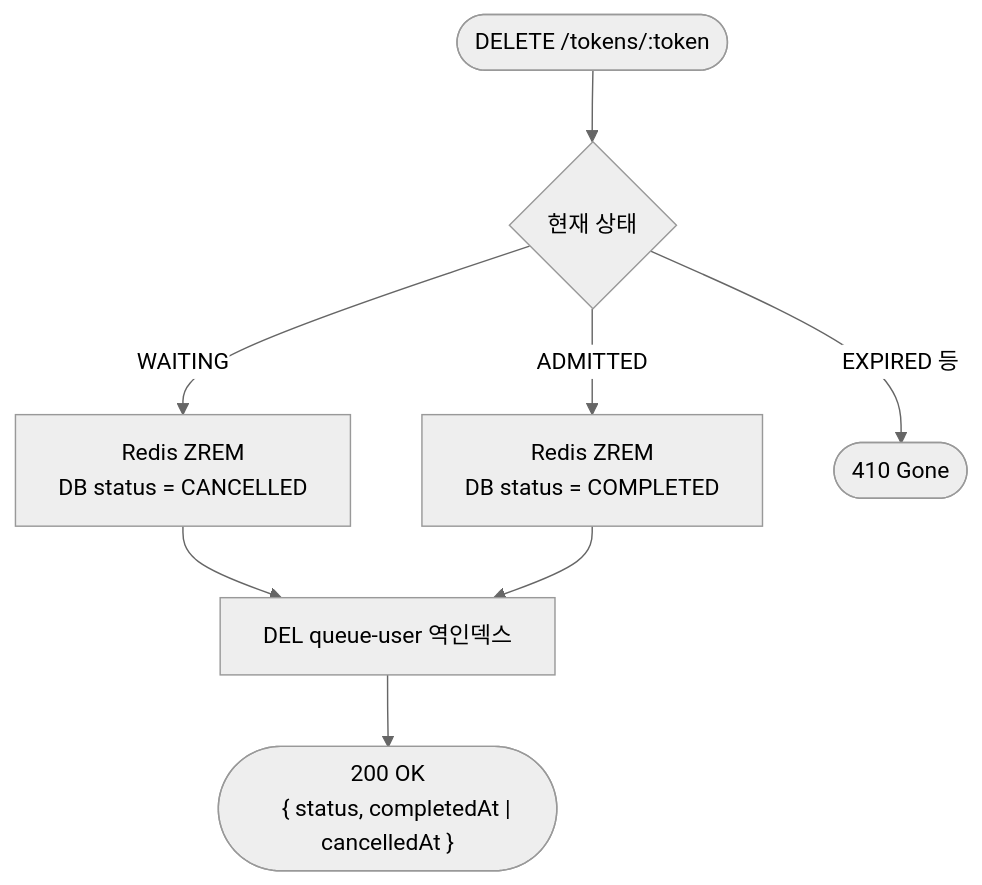
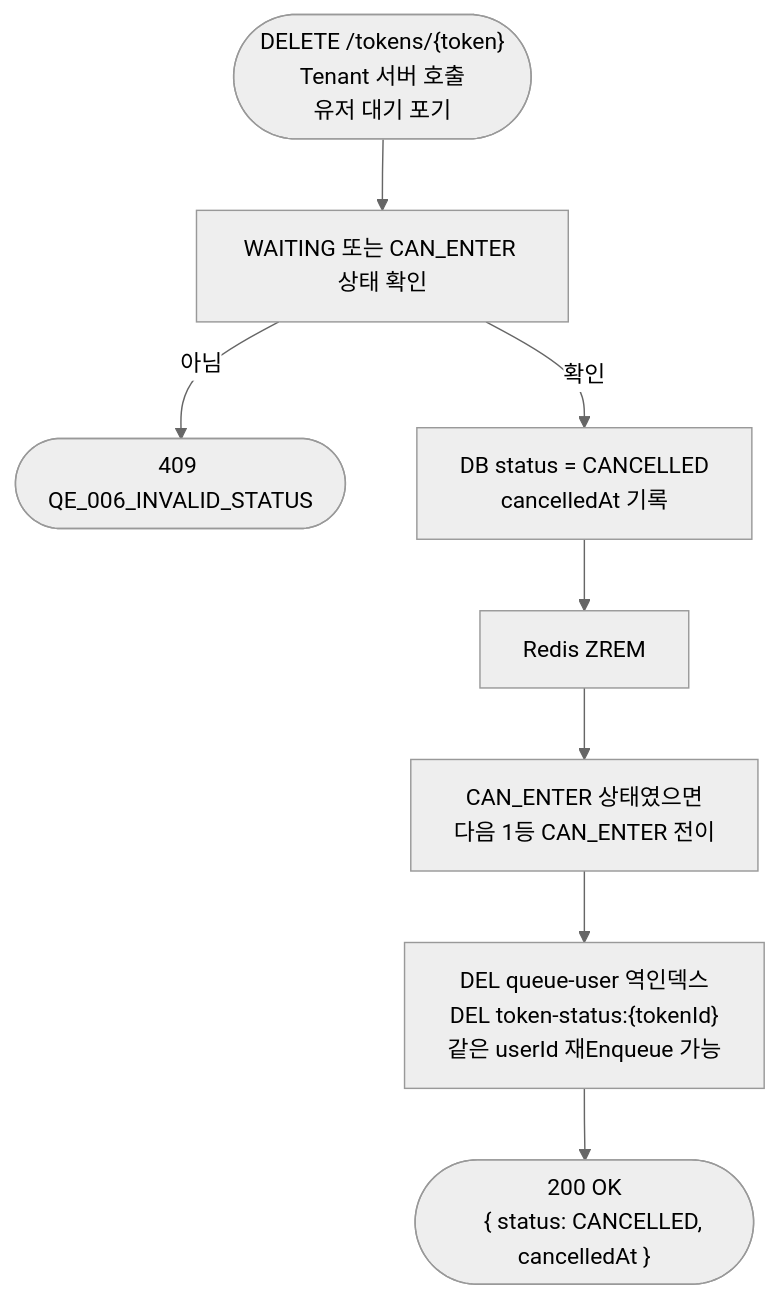
One commit to S-Onix/queue-platform changed the fifth of 8 diagrams in doc/FLOW.md. Above: the diagram before and after it, drawn with Mermaid (neutral theme). The commit also changed other lines of this file and 4 other files, not shown here.

````diff
--- a/doc/FLOW.md
+++ b/doc/FLOW.md
@@ -98,16 +166,19 @@
 ```mermaid
 flowchart TD
-    DQ(["DELETE /tokens/:token"])
-    --> CHK{"현재 상태"}
+    DQ(["DELETE /tokens/{token}
+    Tenant 서버 호출
+    유저 대기 포기"])
+    --> CHK["WAITING 또는 CAN_ENTER 상태 확인"]
 
-    CHK -->|"WAITING"| W["Redis ZREM
-    DB status = CANCELLED"]
-    CHK -->|"ADMITTED"| A["Redis ZREM
-    DB status = COMPLETED"]
-    CHK -->|"EXPIRED 등"| E410(["410 Gone"])
-
-    W --> DEL["DEL queue-user 역인덱스"]
-    A --> DEL
-    DEL --> OK(["200 OK
-    { status, completedAt | cancelledAt }"])
+    CHK -->|"아님"| E409(["409 QE_006_INVALID_STATUS"])
+    CHK -->|"확인"| DB["DB status = CANCELLED
+    cancelledAt 기록"]
+    --> ZREM["Redis ZREM"]
+    --> CE["CAN_ENTER 상태였으면
+    다음 1등 CAN_ENTER 전이"]
+    --> DEL["DEL queue-user 역인덱스
+    DEL token-status:{tokenId}
+    같은 userId 재Enqueue 가능"]
+    --> OK(["200 OK
+    { status: CANCELLED, cancelledAt }"])
 ```
````
